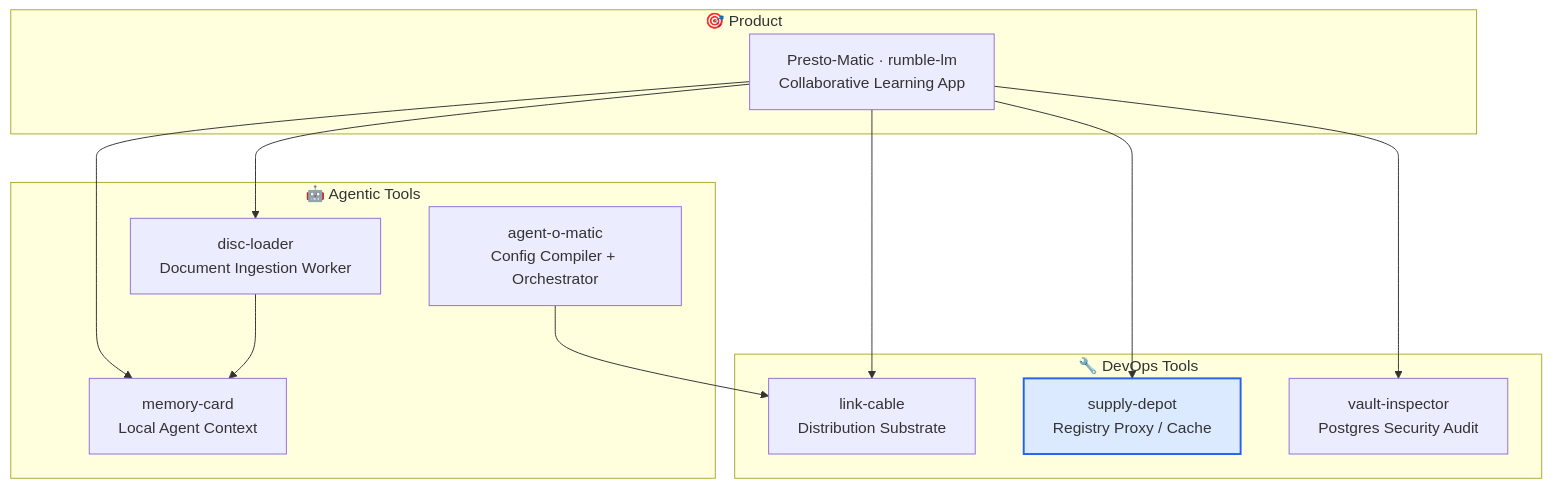
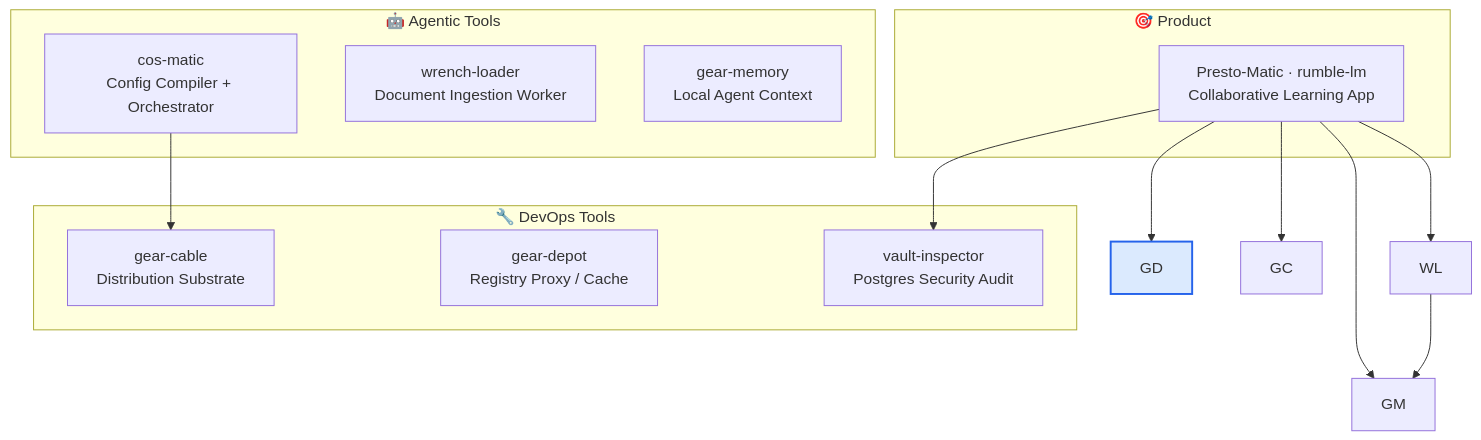
Before and after one commit to constantin-jais/gear-depot: the diagram in README.md, drawn with Mermaid. The commit also changed other lines of this file and 5 other files, not shown here.

````diff
--- a/README.md
+++ b/README.md
@@ -17,24 +17,24 @@
 ```mermaid
 graph TB
     subgraph product["🎯 Product"]
         RL["Presto-Matic · rumble-lm<br/>Collaborative Learning App"]
     end
     subgraph agentic["🤖 Agentic Tools"]
-        AOM["agent-o-matic<br/>Config Compiler + Orchestrator"]
-        DL["disc-loader<br/>Document Ingestion Worker"]
-        MC["memory-card<br/>Local Agent Context"]
+        cosmatic["cos-matic<br/>Config Compiler + Orchestrator"]
+        DL["wrench-loader<br/>Document Ingestion Worker"]
+        MC["gear-memory<br/>Local Agent Context"]
     end
     subgraph devops["🔧 DevOps Tools"]
-        LC["link-cable<br/>Distribution Substrate"]
-        SD["supply-depot<br/>Registry Proxy / Cache"]
+        LC["gear-cable<br/>Distribution Substrate"]
+        SD["gear-depot<br/>Registry Proxy / Cache"]
         VI["vault-inspector<br/>Postgres Security Audit"]
     end
-    RL --> DL
-    RL --> MC
+    RL --> WL
+    RL --> GM
     RL --> VI
-    RL --> SD
-    RL --> LC
-    AOM --> LC
-    DL --> MC
-    style SD fill:#dbeafe,stroke:#2563eb,stroke-width:2px
+    RL --> GD
+    RL --> GC
+    cosmatic --> LC
+    WL --> GM
+    style GD fill:#dbeafe,stroke:#2563eb,stroke-width:2px
 ```
````
